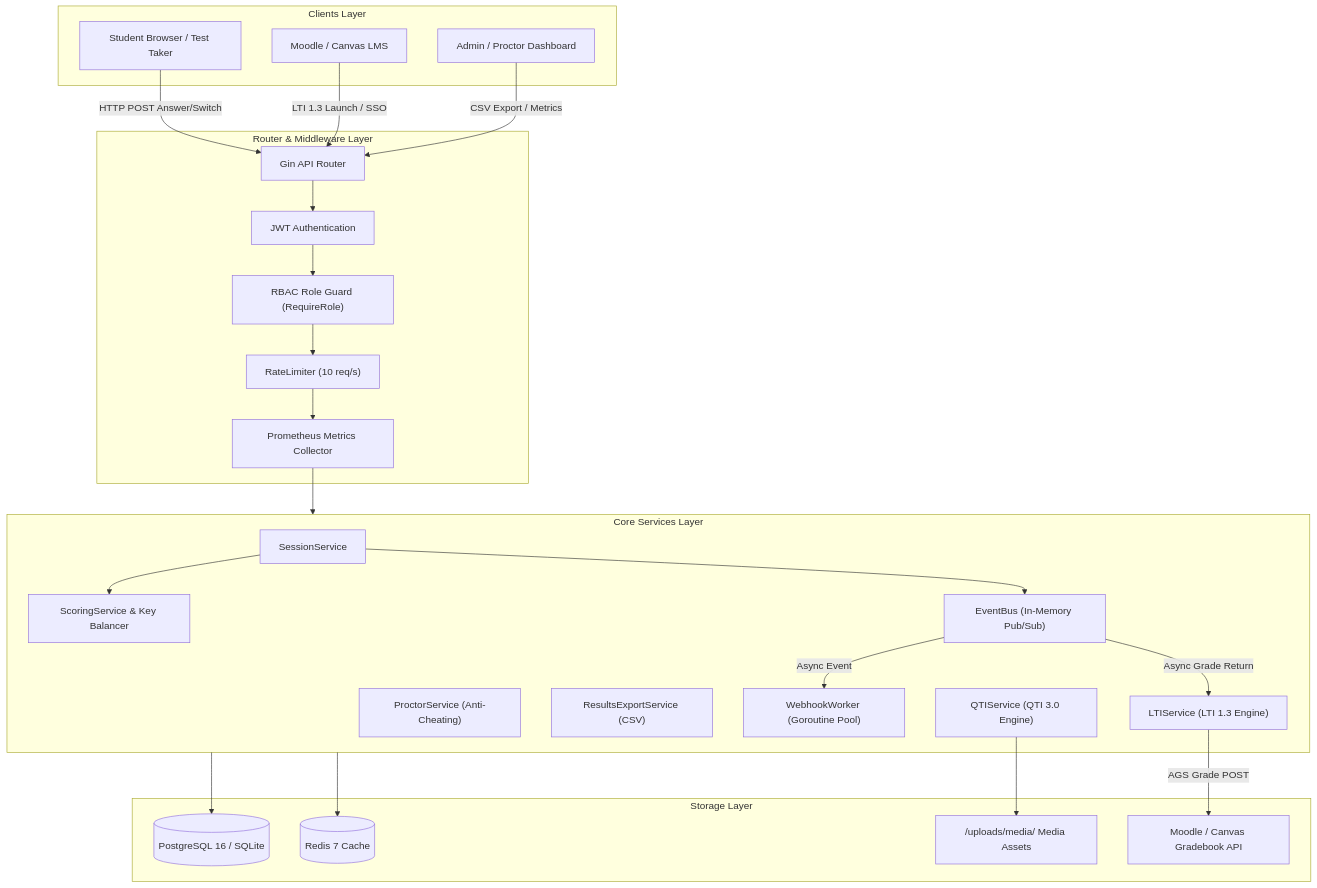
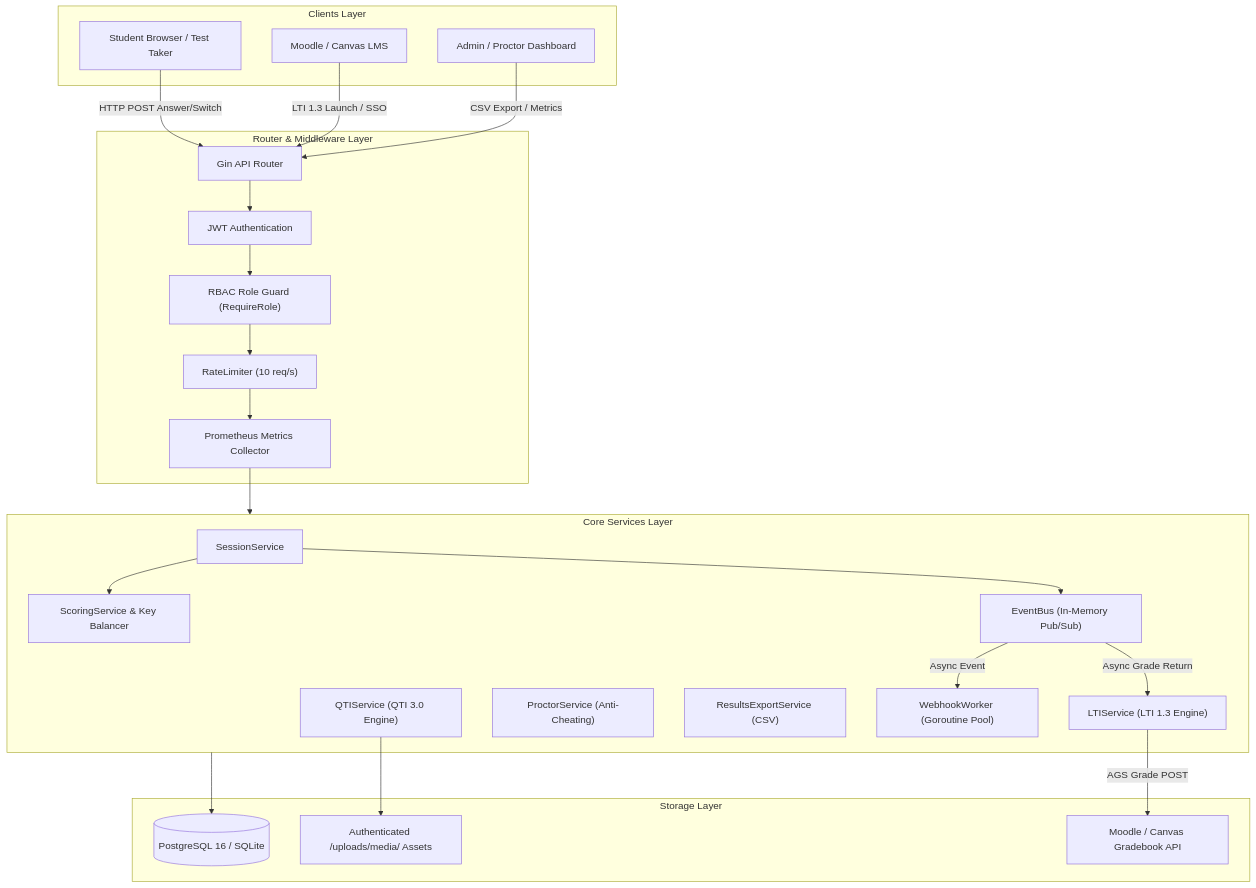
The first of 8 diagrams in README.md (allen19970828/tao-core-go), drawn with Mermaid before and after one commit. The commit also changed other lines of this file and 48 other files, not shown here.

````diff
--- a/README.md
+++ b/README.md
@@ -60,51 +59,49 @@
 ```mermaid
 flowchart TD
     subgraph Clients ["Clients Layer"]
         Browser["Student Browser / Test Taker"]
         Moodle["Moodle / Canvas LMS"]
         AdminDashboard["Admin / Proctor Dashboard"]
     end
 
     subgraph Gateway ["Router & Middleware Layer"]
         GinRouter["Gin API Router"]
         JWTAuth["JWT Authentication"]
         RBAC["RBAC Role Guard (RequireRole)"]
         RateLimit["RateLimiter (10 req/s)"]
         MetricsCollector["Prometheus Metrics Collector"]
     end
 
     subgraph Services ["Core Services Layer"]
         SessionSvc["SessionService"]
         ScoringSvc["ScoringService & Key Balancer"]
         QTISvc["QTIService (QTI 3.0 Engine)"]
         LTISvc["LTIService (LTI 1.3 Engine)"]
         ProctorSvc["ProctorService (Anti-Cheating)"]
         ExportSvc["ResultsExportService (CSV)"]
         EventBus["EventBus (In-Memory Pub/Sub)"]
         WebhookSvc["WebhookWorker (Goroutine Pool)"]
     end
 
     subgraph Storage ["Storage Layer"]
         DB[(PostgreSQL 16 / SQLite)]
-        Redis[(Redis 7 Cache)]
-        MediaDir["/uploads/media/ Media Assets"]
+        MediaDir["Authenticated /uploads/media/ Assets"]
         ExternalLMS["Moodle / Canvas Gradebook API"]
     end
 
     Browser -->|HTTP POST Answer/Switch| GinRouter
     Moodle -->|LTI 1.3 Launch / SSO| GinRouter
     AdminDashboard -->|CSV Export / Metrics| GinRouter
 
     GinRouter --> JWTAuth --> RBAC --> RateLimit --> MetricsCollector
     MetricsCollector --> Services
 
     SessionSvc --> ScoringSvc
     SessionSvc --> EventBus
     EventBus -->|Async Event| WebhookSvc
     EventBus -->|Async Grade Return| LTISvc
 
     QTISvc --> MediaDir
     LTISvc -->|AGS Grade POST| ExternalLMS
     Services --> DB
-    Services --> Redis
 ```
````
